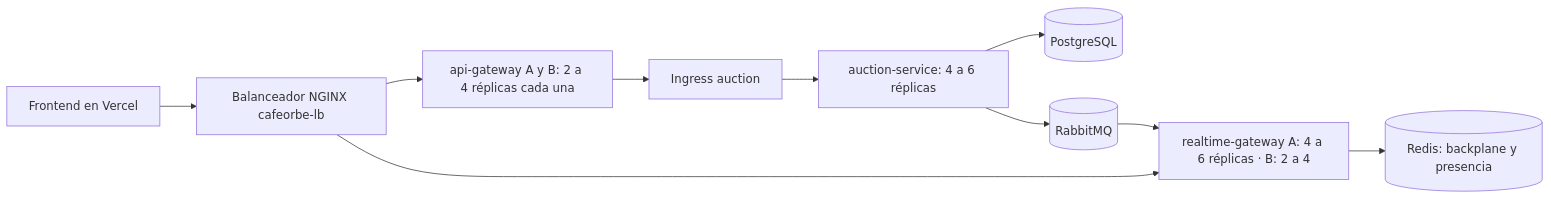
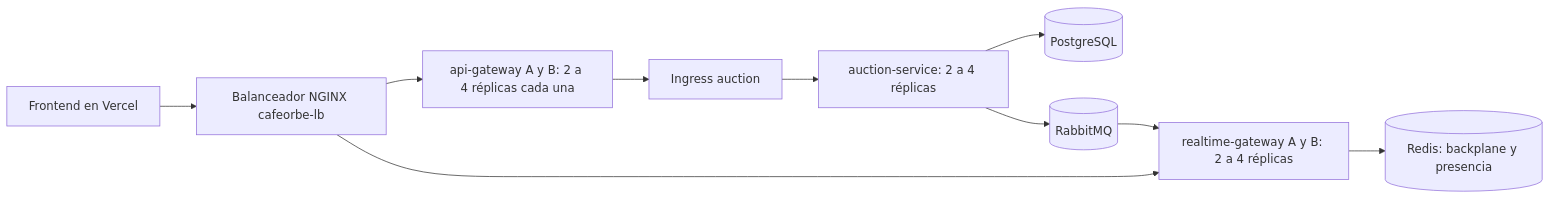
Before and after one commit to CafeOrbe/cafeorbe-infra: the diagram in docs/DIS-01.md, drawn with Mermaid. The commit also changed other lines of this file and 3 other files, not shown here.

````diff
--- a/docs/DIS-01.md
+++ b/docs/DIS-01.md
@@ -42,12 +33,12 @@
 ```mermaid
 flowchart LR
     web[Frontend en Vercel] --> nginx[Balanceador NGINX cafeorbe-lb]
     nginx --> api[api-gateway A y B: 2 a 4 réplicas cada una]
     api --> lb2[Ingress auction]
-    lb2 --> au[auction-service: 4 a 6 réplicas]
-    nginx --> rt[realtime-gateway A: 4 a 6 réplicas · B: 2 a 4]
+    lb2 --> au[auction-service: 2 a 4 réplicas]
+    nginx --> rt[realtime-gateway A y B: 2 a 4 réplicas]
     au --> pg[(PostgreSQL)]
     au --> mq[(RabbitMQ)]
     mq --> rt
     rt --> redis[(Redis: backplane y presencia)]
 ```
````
